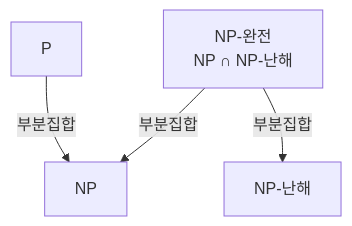
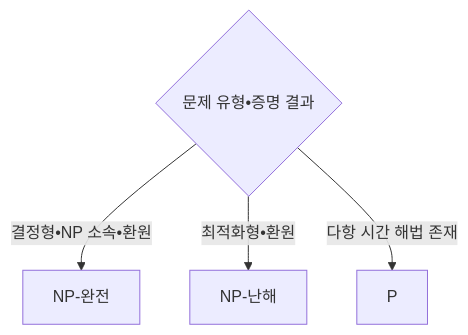
Before and after one commit to agnusdei1207/knowledge-base: the third of 3 diagrams in src/content/docs/notes/01-basic-theory/019_np_complete.md, drawn with Mermaid. The commit also changed other lines of this file and 20 other files, not shown here.

````diff
--- a/src/content/docs/notes/01-basic-theory/019_np_complete.md
+++ b/src/content/docs/notes/01-basic-theory/019_np_complete.md
@@ -64,6 +136,7 @@
 ```mermaid
 flowchart TB
-    P[P] -->|부분집합| NP[NP]
-    NPC["NP-완전<br/>NP ∩ NP-난해"] -->|부분집합| NP
-    NPC -->|부분집합| NPH[NP-난해]
+    R{문제 유형•증명 결과}
+    R -->|결정형•NP 소속•환원| C[NP-완전]
+    R -->|최적화형•환원| H[NP-난해]
+    R -->|다항 시간 해법 존재| P[P]
 ```
````
